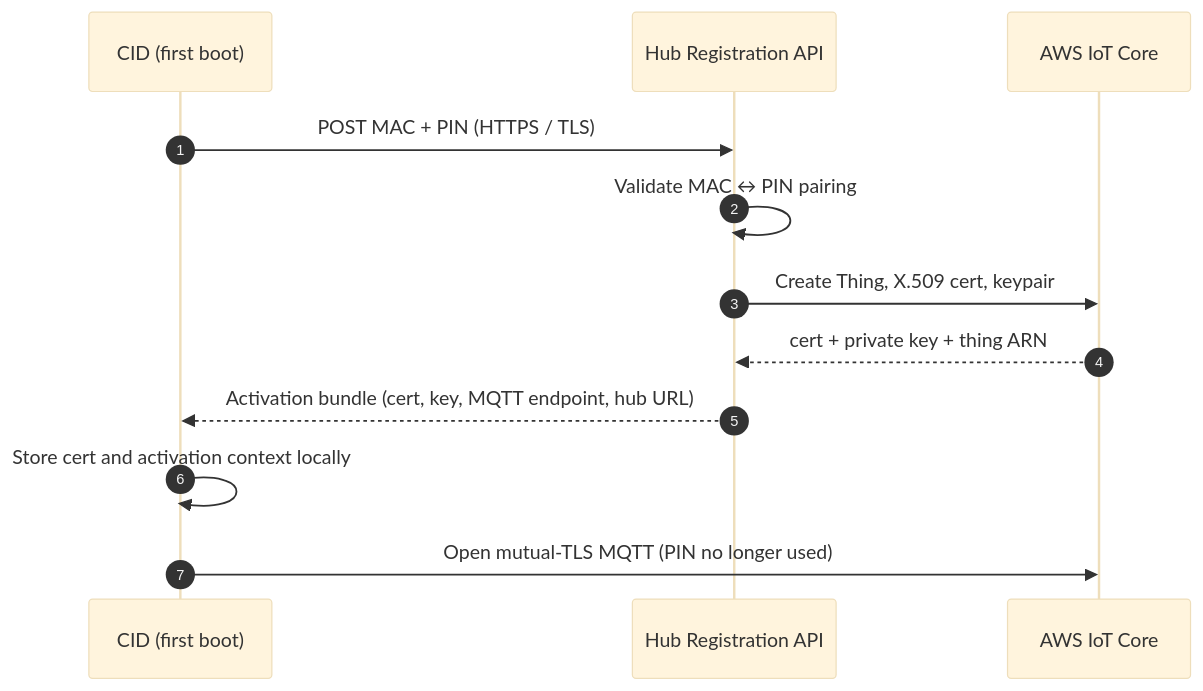
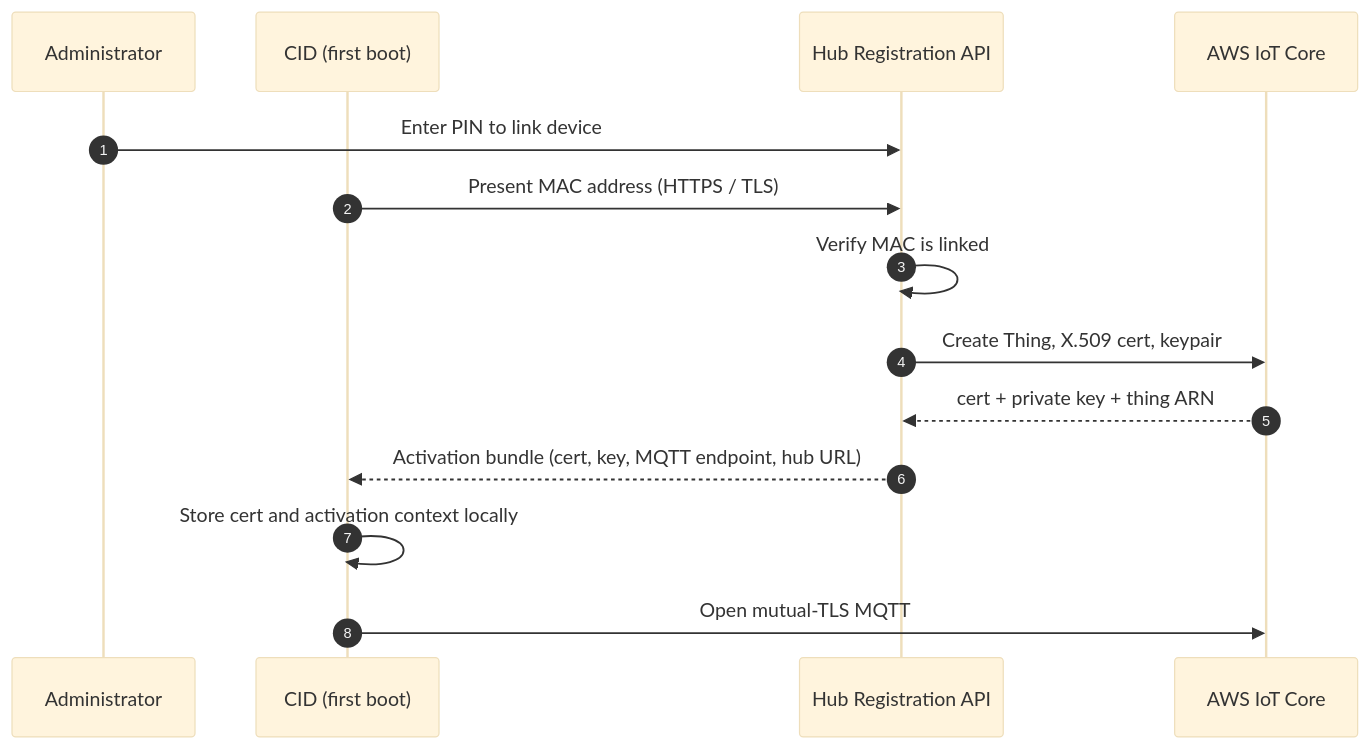
Before and after one commit to bheemboy/cid-docs: the first of 2 diagrams in docs/security/security-model.md, drawn with Mermaid (base theme). The commit also changed other lines of this file, not shown here.

Commit message:
device identify updated

````diff
--- a/docs/security/security-model.md
+++ b/docs/security/security-model.md
@@ -73,14 +73,16 @@
 ```mermaid
 sequenceDiagram
     autonumber
+    participant Cust as Administrator
     participant CID as CID (first boot)
     participant Hub as Hub Registration API
     participant IoT as AWS IoT Core
-    CID->>Hub: POST MAC + PIN (HTTPS / TLS)
-    Hub->>Hub: Validate MAC ↔ PIN pairing
+    Cust->>Hub: Enter PIN to link device
+    CID->>Hub: Present MAC address (HTTPS / TLS)
+    Hub->>Hub: Verify MAC is linked
     Hub->>IoT: Create Thing, X.509 cert, keypair
     IoT-->>Hub: cert + private key + thing ARN
     Hub-->>CID: Activation bundle (cert, key, MQTT endpoint, hub URL)
     CID->>CID: Store cert and activation context locally
-    CID->>IoT: Open mutual-TLS MQTT (PIN no longer used)
+    CID->>IoT: Open mutual-TLS MQTT
 ```
````
